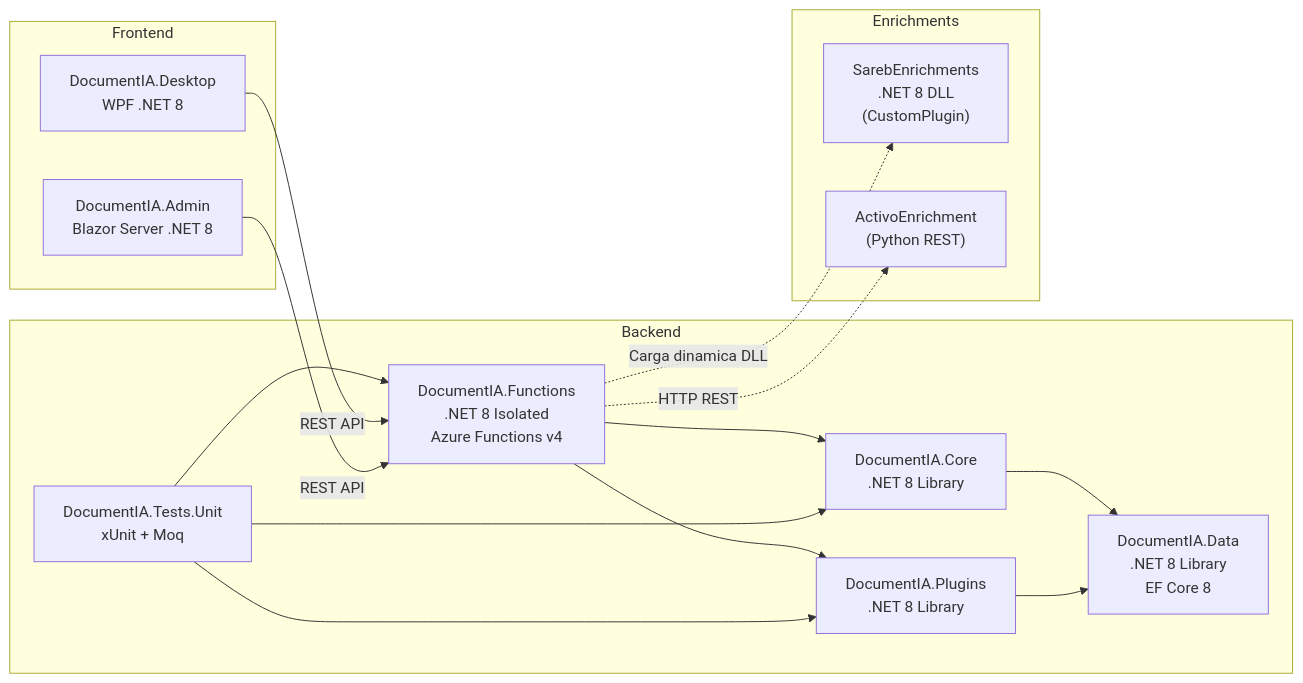
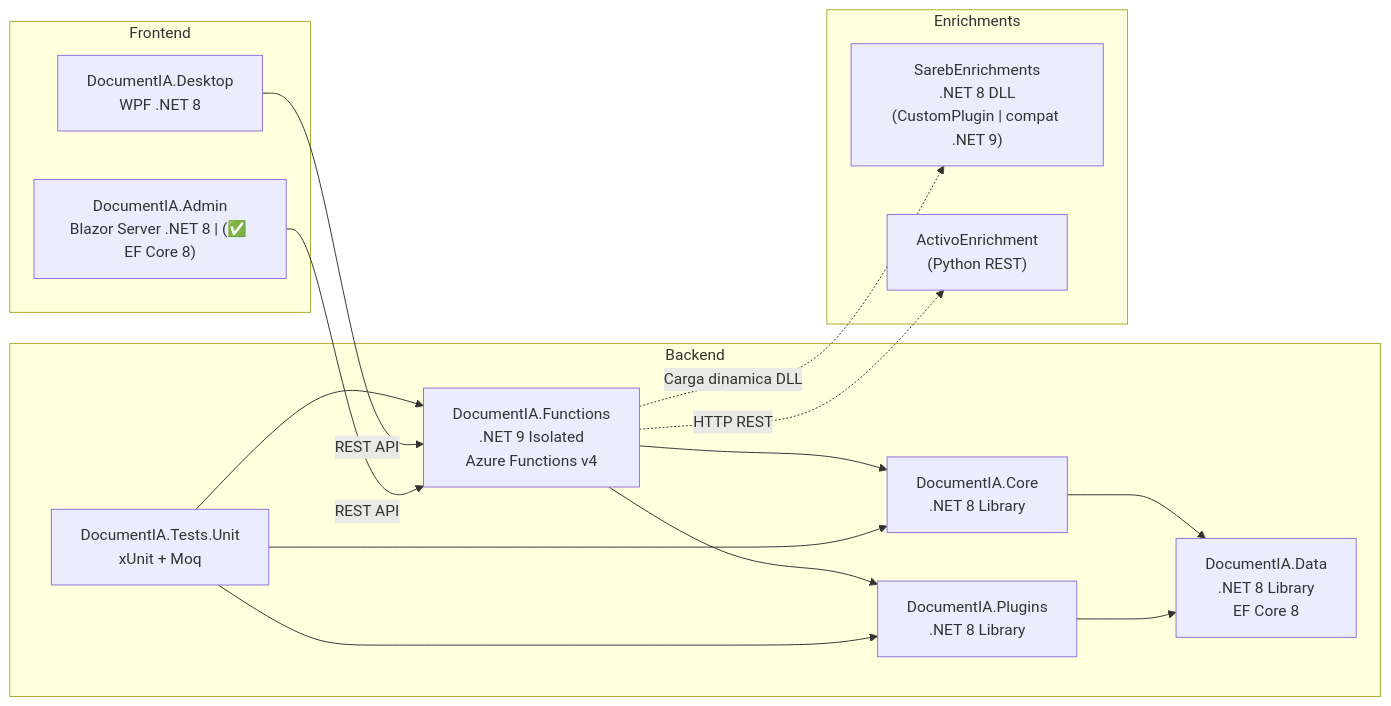
The second of 6 diagrams in docs/01_ARQUITECTURA_SISTEMA.md (nvcrisologo02/AI-DocClassExt), drawn with Mermaid before and after one commit. The commit also changed other lines of this file, not shown here.

Commit message:
docs: Update architecture diagram for .NET 9 Isolated upgrade (AB#99776)

````diff
--- a/docs/01_ARQUITECTURA_SISTEMA.md
+++ b/docs/01_ARQUITECTURA_SISTEMA.md
@@ -122,34 +123,34 @@
 ```mermaid
 flowchart LR
     subgraph Backend
-        FUNC["DocumentIA.Functions<br/>.NET 8 Isolated<br/>Azure Functions v4"]
+        FUNC["DocumentIA.Functions<br/>.NET 9 Isolated<br/>Azure Functions v4"]
         CORE["DocumentIA.Core<br/>.NET 8 Library"]
         DATA["DocumentIA.Data<br/>.NET 8 Library<br/>EF Core 8"]
         PLUGINS["DocumentIA.Plugins<br/>.NET 8 Library"]
         TESTS["DocumentIA.Tests.Unit<br/>xUnit + Moq"]
     end
 
     subgraph Frontend
         DESKTOP["DocumentIA.Desktop<br/>WPF .NET 8"]
-        ADMIN_FE["DocumentIA.Admin<br/>Blazor Server .NET 8"]
+        ADMIN_FE["DocumentIA.Admin<br/>Blazor Server .NET 8 | (✅ EF Core 8)"]
     end
 
     subgraph Enrichments
-        SAREB_ENR["SarebEnrichments<br/>.NET 8 DLL<br/>(CustomPlugin)"]
+        SAREB_ENR["SarebEnrichments<br/>.NET 8 DLL<br/>(CustomPlugin | compat .NET 9)"]
         ACTIVO_ENR["ActivoEnrichment<br/>(Python REST)"]
     end
 
     FUNC --> CORE
     FUNC --> PLUGINS
     CORE --> DATA
     PLUGINS --> DATA
     TESTS --> FUNC
     TESTS --> CORE
     TESTS --> PLUGINS
 
     FUNC -.->|"Carga dinamica DLL"| SAREB_ENR
     FUNC -.->|"HTTP REST"| ACTIVO_ENR
 
     DESKTOP -->|"REST API"| FUNC
     ADMIN_FE -->|"REST API"| FUNC
 ```
````
